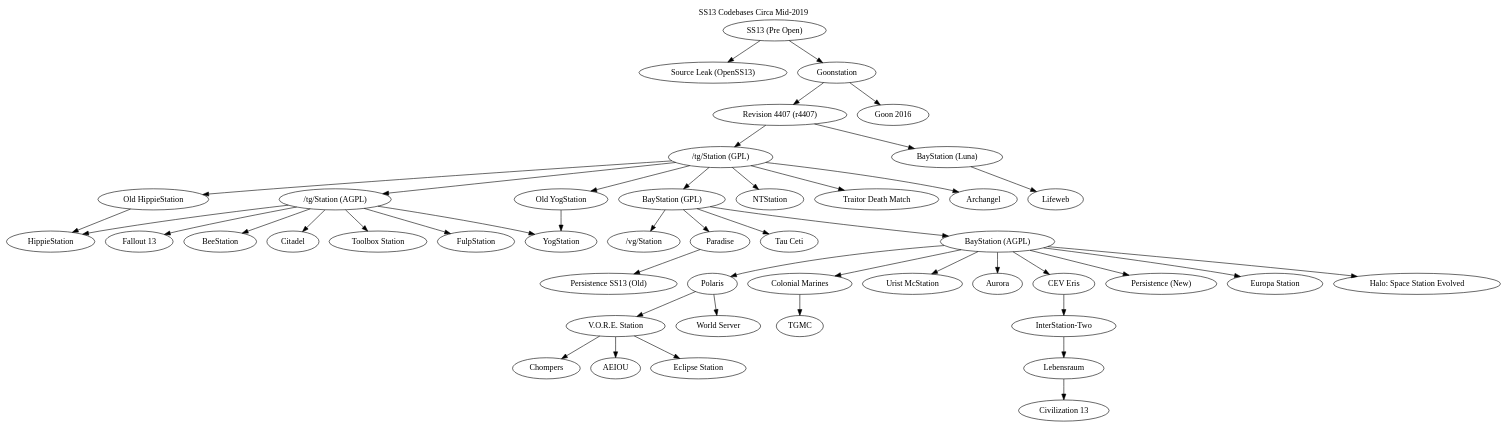
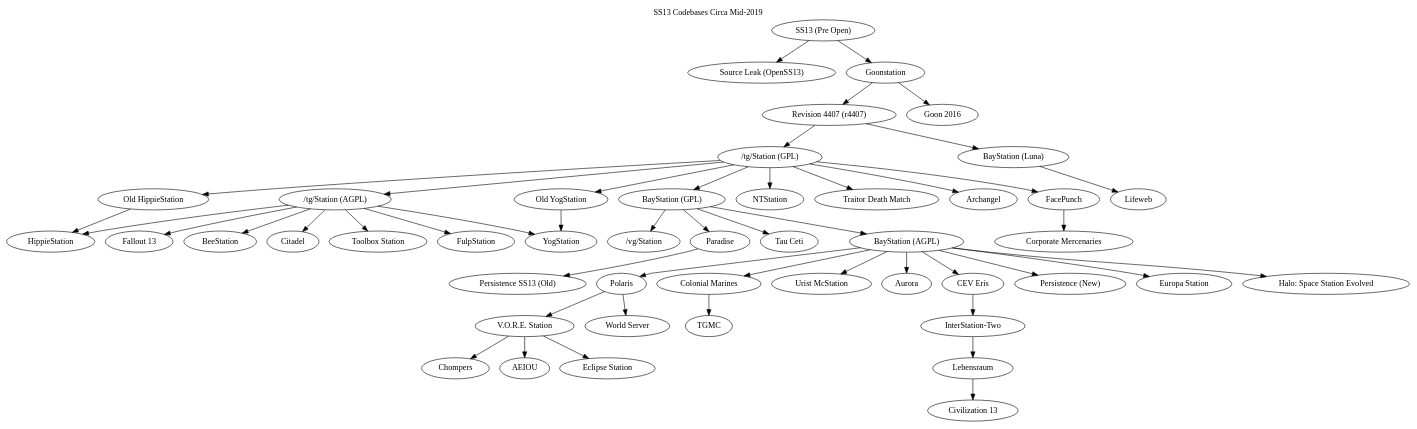
The diagram in tree.dot (spacestation13/SS13-Codebases), drawn with Graphviz before and after one commit. The commit also changed 1 other file, not shown here.

```diff
--- a/tree.dot
+++ b/tree.dot
@@ -1,49 +1,51 @@
 digraph  G {
 	label = "SS13 Codebases Circa Mid-2019"
 	labelloc="t"
 	"SS13 (Pre Open)" -> "Source Leak (OpenSS13)"
 	"SS13 (Pre Open)" -> "Goonstation"
 	"Goonstation" -> "Revision 4407 (r4407)"
 	"Goonstation" -> "Goon 2016"
 	"Revision 4407 (r4407)" -> "/tg/Station (GPL)"
 	"Revision 4407 (r4407)" -> "BayStation (Luna)"
 	"BayStation (Luna)" -> "Lifeweb" 
 	"/tg/Station (GPL)" -> "/tg/Station (AGPL)"
 	"/tg/Station (GPL)" -> "BayStation (GPL)" 
 	"/tg/Station (GPL)" -> "Old HippieStation"
 	"/tg/Station (GPL)" -> "Old YogStation"
 	"/tg/Station (GPL)" -> "NTStation"
 	"/tg/Station (GPL)" -> "Traitor Death Match"
 	"/tg/Station (GPL)" -> "Archangel"
+	"/tg/Station (GPL)" -> "FacePunch"
+	"FacePunch" -> "Corporate Mercenaries"
 	"Old YogStation" -> "YogStation"
 	"Old HippieStation" -> "HippieStation"
 	"/tg/Station (AGPL)" -> "YogStation"
 	"/tg/Station (AGPL)" -> "Fallout 13"
 	"/tg/Station (AGPL)" -> "BeeStation"
 	"/tg/Station (AGPL)" -> "HippieStation"
 	"/tg/Station (AGPL)" -> "Citadel"
 	"/tg/Station (AGPL)" -> "Toolbox Station"
 	"/tg/Station (AGPL)" -> "FulpStation"
 	"BayStation (GPL)" -> "/vg/Station"
 	"BayStation (GPL)" -> "Paradise"
 	"BayStation (GPL)" -> "Tau Ceti"
 	"BayStation (GPL)" -> "BayStation (AGPL)"
 	"Paradise" -> "Persistence SS13 (Old)"
 	"BayStation (AGPL)" -> "Polaris"
 	"BayStation (AGPL)" -> "Colonial Marines"
 	"BayStation (AGPL)" -> "Urist McStation"
 	"BayStation (AGPL)" -> "Aurora"
 	"BayStation (AGPL)" -> "CEV Eris"
 	"BayStation (AGPL)" -> "Persistence (New)"
 	"BayStation (AGPL)" -> "Europa Station"
 	"BayStation (AGPL)" -> "Halo: Space Station Evolved"
 	"CEV Eris" -> "InterStation-Two"
 	"InterStation-Two" -> "Lebensraum"
 	"Lebensraum" -> "Civilization 13"
 	"Colonial Marines" -> "TGMC"
 	"Polaris" -> "V.O.R.E. Station"
 	"Polaris" -> "World Server"
 	"V.O.R.E. Station" -> "Chompers"
 	"V.O.R.E. Station" -> "AEIOU"
 	"V.O.R.E. Station" -> "Eclipse Station" 
 }
```
